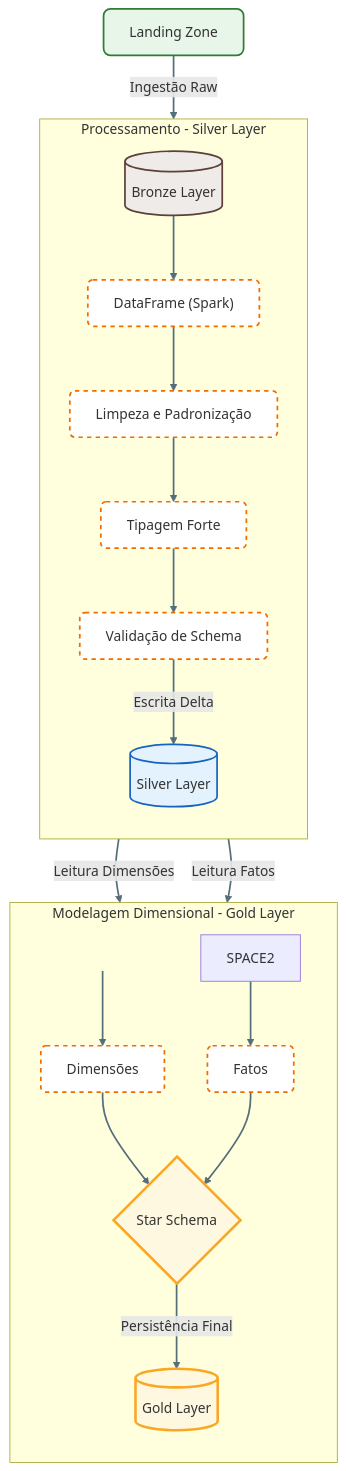
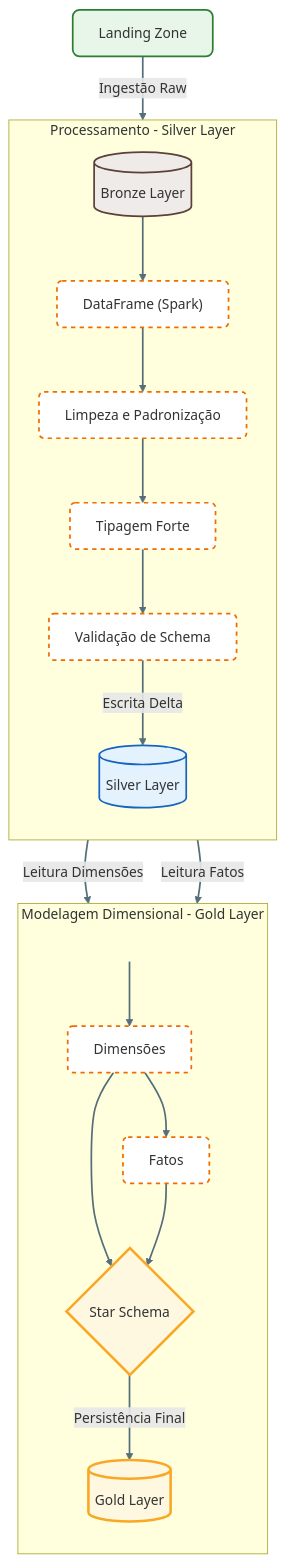
One commit to devdiasbr/databricks-challenge changed the second of 2 diagrams in docs/manual/04_arquitetura_detalhada.md. Above: the diagram before and after it, drawn with Mermaid.

Commit message:
docs: ajuste conexoes gold layer diagrama

````diff
--- a/docs/manual/04_arquitetura_detalhada.md
+++ b/docs/manual/04_arquitetura_detalhada.md
@@ -116,53 +116,53 @@
 ```mermaid
 flowchart TD
     %% =========================
     %% DEFINIÇÃO DE ESTILOS
     %% =========================
     classDef landing fill:#e8f5e9,stroke:#2e7d32,stroke-width:2px,rx:8,ry:8;
     classDef bronze fill:#efebe9,stroke:#5d4037,stroke-width:2px,rx:6,ry:6;
     classDef silver fill:#e3f2fd,stroke:#1565c0,stroke-width:2px,rx:6,ry:6;
     classDef gold fill:#fff8e1,stroke:#f9a825,stroke-width:3px,rx:10,ry:10;
     classDef process fill:#ffffff,stroke:#ef6c00,stroke-width:2px,stroke-dasharray: 5 5,rx:6,ry:6;
     classDef spacer fill:transparent,stroke:transparent;
 
     %% =========================
     %% LANDING / BRONZE
     %% =========================
     LZ[Landing Zone]:::landing -->|Ingestão Raw| BR[(Bronze Layer)]:::bronze
 
     %% =========================
     %% SILVER
     %% =========================
     subgraph SILVER [Processamento - Silver Layer]
         direction TB
         BR --> DF["DataFrame (Spark)"]:::process
         DF --> CLEAN[Limpeza e Padronização]:::process
         CLEAN --> TYPE[Tipagem Forte]:::process
         TYPE --> VALID[Validação de Schema]:::process
         VALID -->|Escrita Delta| SL[(Silver Layer)]:::silver
     end
 
     %% =========================
     %% GOLD
     %% =========================
     subgraph GOLD [Modelagem Dimensional - Gold Layer]
         direction TB
 
         SPACE1[ ]:::spacer
 
         SPACE1 --> DIMS
-        SPACE2 --> FACT
+        DIMS --> FACT
 
         SL -->|Leitura Dimensões| DIMS[Dimensões]:::process
         SL -->|Leitura Fatos| FACT[Fatos]:::process
 
         DIMS --> STAR{Star Schema}:::gold
         FACT --> STAR
         STAR -->|Persistência Final| GL[(Gold Layer)]:::gold
     end
 
     %% =========================
     %% ESTILO DAS CONEXÕES
     %% =========================
     linkStyle default stroke:#546e7a,stroke-width:2px;
 ```
````
